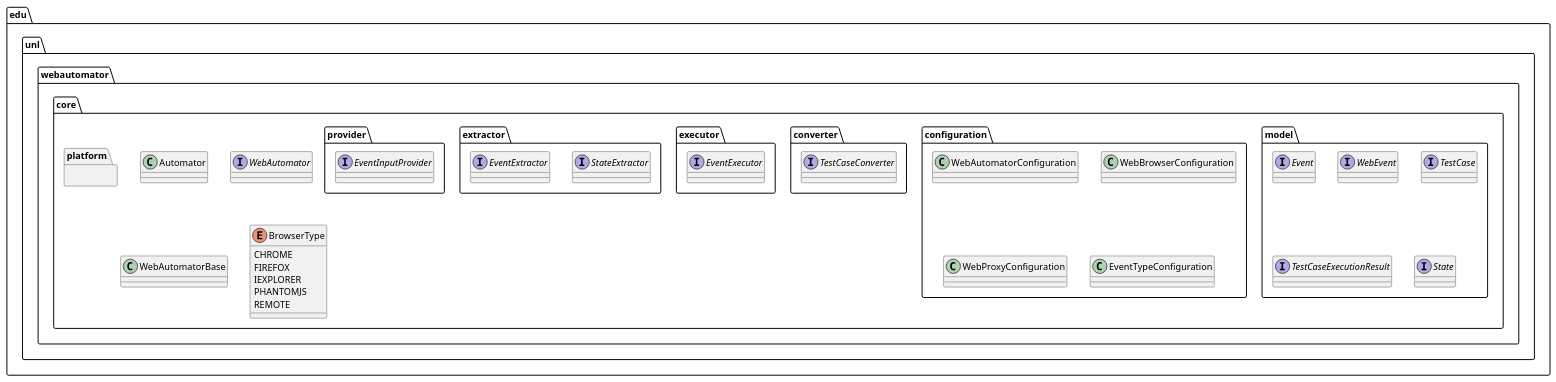
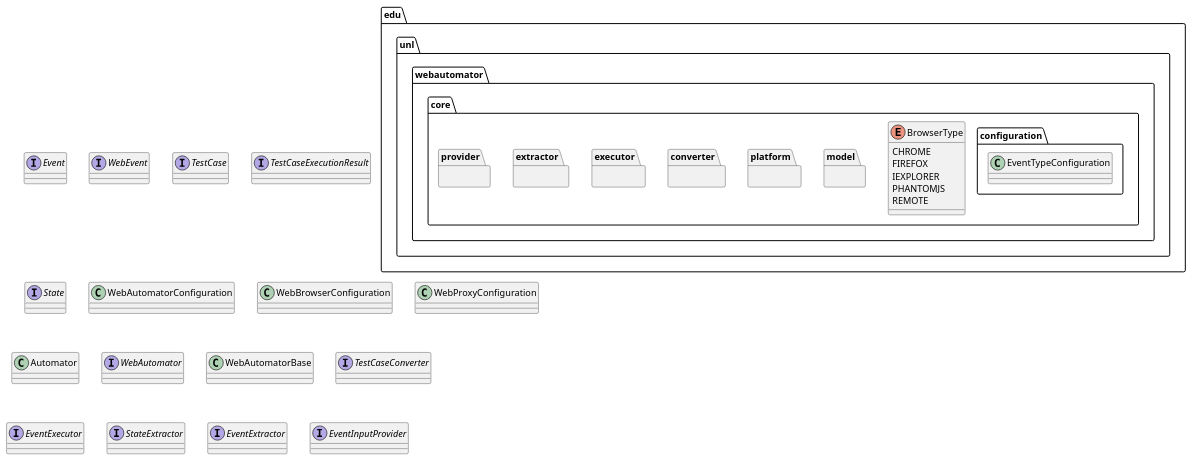
One commit to gigony/webautomator changed the diagram in webAutomator-core/src/main/java/webautomator.puml. Above: the diagram before and after it, drawn with PlantUML. The commit also changed 206 other files, not shown here.

```diff
--- a/webAutomator-core/src/main/java/webautomator.puml
+++ b/webAutomator-core/src/main/java/webautomator.puml
@@ -1,67 +1,67 @@
 @startuml
 package edu.unl.webautomator.core {
     'package edu.unl.webautomator.core.internal {}
 
     package edu.unl.webautomator.core.model {
      'package edu.unl.webautomator.core.model.internal {}
 
     }
     package edu.unl.webautomator.core.configuration {
         'package edu.unl.webautomator.core.configuration.internal{}
     }
     package edu.unl.webautomator.core.platform {
         'package edu.unl.webautomator.core.platform.internal{}
     }
     package edu.unl.webautomator.core.converter{
         'package edu.unl.webautomator.core.converter.internal{}
     }
     package edu.unl.webautomator.core.executor{
         'package edu.unl.webautomator.core.executor.internal{}
     }
     package edu.unl.webautomator.core.extractor{
         'package edu.unl.webautomator.core.extractor.internal{}
     }
     package edu.unl.webautomator.core.provider{
         'package edu.unl.webautomator.core.provider.internal{}
     }
 }
 
 
 
 
-interface edu.unl.webautomator.core.model.Event
-interface edu.unl.webautomator.core.model.WebEvent
-interface edu.unl.webautomator.core.model.TestCase
-interface edu.unl.webautomator.core.model.TestCaseExecutionResult
-interface edu.unl.webautomator.core.model.State
+interface Event
+interface WebEvent
+interface TestCase
+interface TestCaseExecutionResult
+interface State
 
-class edu.unl.webautomator.core.configuration.WebAutomatorConfiguration
-class edu.unl.webautomator.core.configuration.WebBrowserConfiguration
-class edu.unl.webautomator.core.configuration.WebProxyConfiguration
+class WebAutomatorConfiguration
+class WebBrowserConfiguration
+class WebProxyConfiguration
 class edu.unl.webautomator.core.configuration.EventTypeConfiguration
 
-class edu.unl.webautomator.core.Automator
-interface edu.unl.webautomator.core.WebAutomator
-class edu.unl.webautomator.core.WebAutomatorBase
+class Automator
+interface WebAutomator
+class WebAutomatorBase
 enum edu.unl.webautomator.core.BrowserType
-interface edu.unl.webautomator.core.converter.TestCaseConverter
-interface edu.unl.webautomator.core.executor.EventExecutor
-interface edu.unl.webautomator.core.extractor.StateExtractor
-interface edu.unl.webautomator.core.extractor.EventExtractor
-interface edu.unl.webautomator.core.provider.EventInputProvider
+interface TestCaseConverter
+interface EventExecutor
+interface StateExtractor
+interface EventExtractor
+interface EventInputProvider
 
 
 
 
 
 
 enum edu.unl.webautomator.core.BrowserType{
     CHROME
     FIREFOX
     IEXPLORER
     PHANTOMJS
     REMOTE
 }
 
 
 @enduml
```
